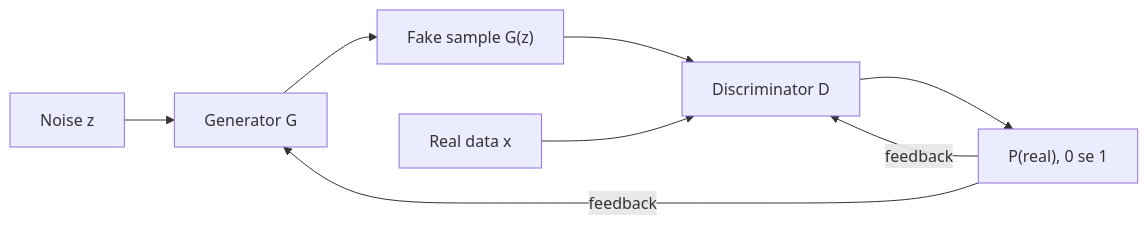
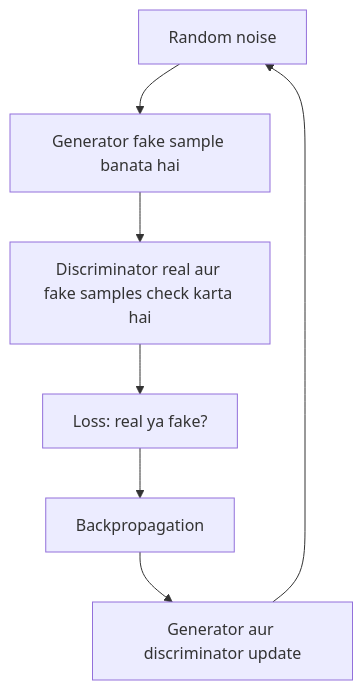
Before and after one commit to TrendySloth1001/sem-seven-notes: the diagram in content/deep-learning/pyq/2023-12/q4b.hi.mdx, drawn with Mermaid. The commit also changed other lines of this file and 168 other files, not shown here.

Commit message:
Rewrite the Module 1, activation, loss and GAN notes and their 25 answers from the teachers' class files. They keep the teacher's definitions, use 80 of their figures with class-notes citations only, and fix the slide errors in the XOR, NAND, loss and KL formulas.

````diff
--- a/content/deep-learning/pyq/2023-12/q4b.hi.mdx
+++ b/content/deep-learning/pyq/2023-12/q4b.hi.mdx
@@ -18,11 +11,10 @@
 ```mermaid
-%% caption: GAN ka kaam. D real aur fake samples ko compare karta hai; uska faisla dono networks ke liye training signal hai.
-flowchart LR
-  Z["Noise z"] --> G["Generator G"]
-  G --> F["Fake sample G(z)"]
-  R["Real data x"] --> D["Discriminator D"]
-  F --> D
-  D --> P["P(real), 0 se 1"]
-  P -- "feedback" --> G
-  P -- "feedback" --> D
+%% caption: GAN ka working. Training ye loop tab tak repeat karti hai jab tak generator realistic samples na banaye.
+flowchart TD
+  A["Random noise"] --> B["Generator fake sample banata hai"]
+  B --> C["Discriminator real aur fake samples check karta hai"]
+  C --> D["Loss: real ya fake?"]
+  D --> E["Backpropagation"]
+  E --> F["Generator aur discriminator update"]
+  F --> A
 ```
````
